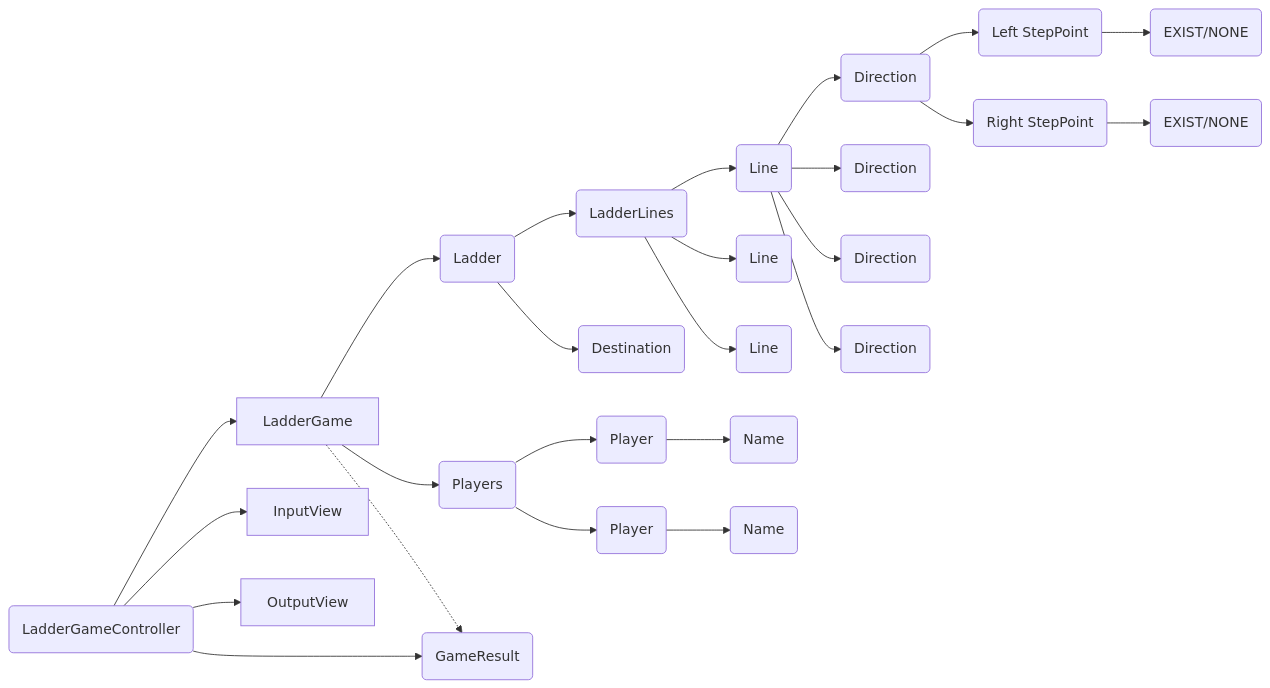
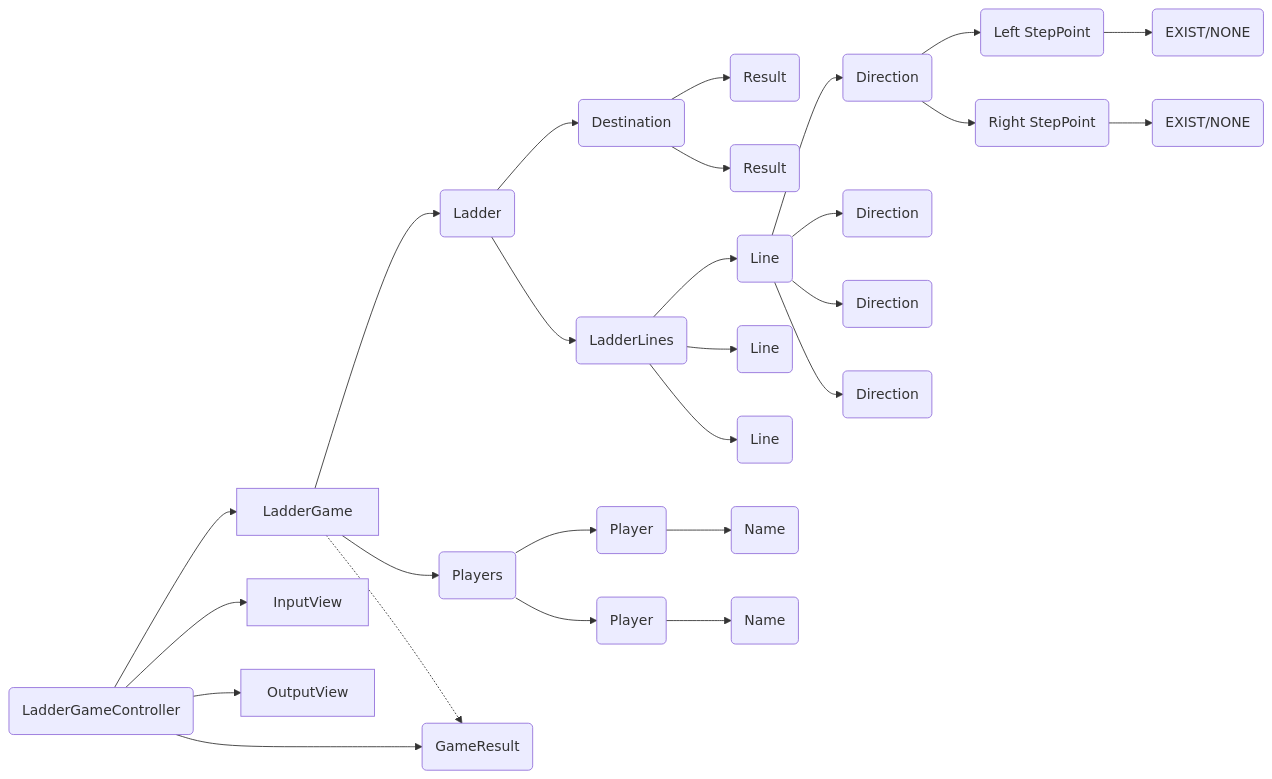
The second of 2 diagrams in README.md (woowacourse/java-ladder), drawn with Mermaid before and after one commit. The commit also changed other lines of this file and 2 other files, not shown here.

Commit message:
feat: 참여자 이름 검증 로직 추가

````diff
--- a/README.md
+++ b/README.md
@@ -134,34 +133,37 @@
 ```mermaid
     graph LR;
   
   la(Ladder) --> ls(LadderLines)
   la --> de(Destination);
+  
+  de --> rs1(Result);
+  de --> rs2(Result);
   
   ls --> li1(Line);
   ls --> li2(Line);
   ls --> li3(Line);
   
   li1 --> d1(Direction)
   li1 --> d2(Direction)
   li1 --> d3(Direction)
   li1 --> d4(Direction)
   
   d1 --> s1(Left StepPoint)
   d1 --> s2(Right StepPoint)
   
   s1 --> b1(EXIST/NONE);  
   s2 --> b2(EXIST/NONE);
 
-	ps(Players) --> p1(Player) --> n1(Name);
-	ps(Players) --> p2(Player)--> n2(Name);
-
-	LadderGame --> la;
-	LadderGame --> ps;
-	LadderGame -.-> gr(GameResult);
-
-	gc(LadderGameController) --> LadderGame
-	gc --> InputView;
-	gc --> OutputView;
-	gc --> gr;
+    ps(Players) --> p1(Player) --> n1(Name);
+    ps(Players) --> p2(Player)--> n2(Name);
+    
+    LadderGame --> la;
+    LadderGame --> ps;
+    LadderGame -.-> gr(GameResult);
+    
+    gc(LadderGameController) --> LadderGame
+    gc --> InputView;
+    gc --> OutputView;
+    gc --> gr;
 
 ```
````
